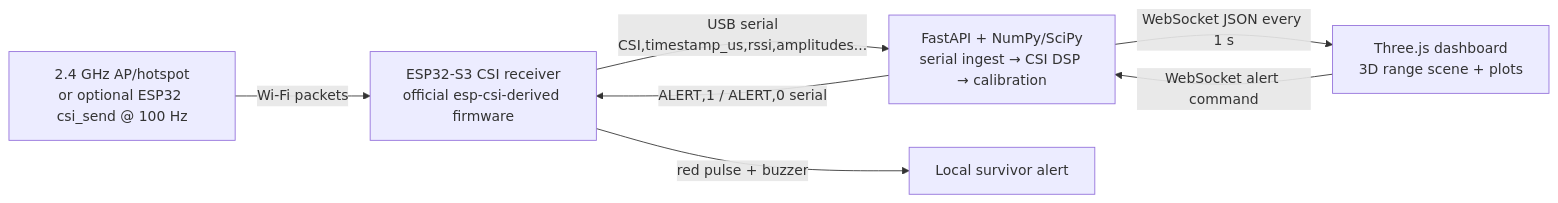
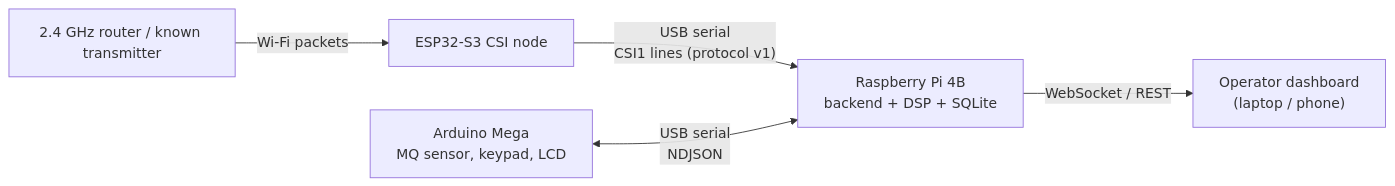
Before and after one commit to Yuvraj0967/jatayu: the diagram in docs/architecture.md, drawn with Mermaid. The commit also changed other lines of this file and 22 other files, not shown here.

````diff
--- a/docs/architecture.md
+++ b/docs/architecture.md
@@ -3,9 +8,7 @@
 ```mermaid
 flowchart LR
-    TX["2.4 GHz AP/hotspot\nor optional ESP32 csi_send @ 100 Hz"] -->|"Wi-Fi packets"| RX["ESP32-S3 CSI receiver\nofficial esp-csi-derived firmware"]
-    RX -->|"USB serial\nCSI,timestamp_us,rssi,amplitudes..."| DSP["FastAPI + NumPy/SciPy\nserial ingest → CSI DSP → calibration"]
-    DSP -->|"WebSocket JSON every 1 s"| UI["Three.js dashboard\n3D range scene + plots"]
-    UI -->|"WebSocket alert command"| DSP
-    DSP -->|"ALERT,1 / ALERT,0 serial"| RX
-    RX -->|"red pulse + buzzer"| ALERT["Local survivor alert"]
+    AP["2.4 GHz router / known transmitter"] -->|Wi-Fi packets| RX["ESP32-S3 CSI node"]
+    RX -->|"USB serial\nCSI1 lines (protocol v1)"| PI["Raspberry Pi 4B\nbackend + DSP + SQLite"]
+    MEGA["Arduino Mega\nMQ sensor, keypad, LCD"] <-->|"USB serial\nNDJSON"| PI
+    PI -->|"WebSocket / REST"| UI["Operator dashboard\n(laptop / phone)"]
 ```
````
